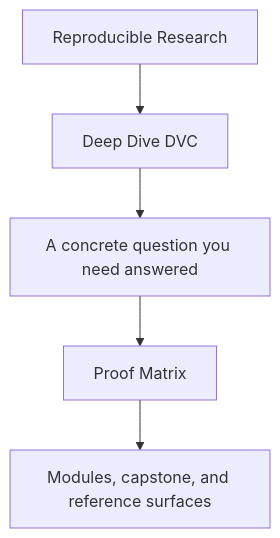
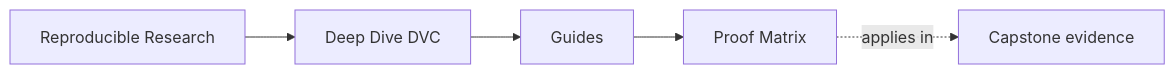
Before and after one commit to bijux/bijux-masterclass: the first of 2 diagrams in programs/reproducible-research/deep-dive-dvc/course-book/guides/proof-matrix.md, drawn with Mermaid. The commit also changed other lines of this file and 55 other files, not shown here.

Commit message:
docs(deep-dive-dvc): map reproducibility and pipeline foundations

````diff
--- a/programs/reproducible-research/deep-dive-dvc/course-book/guides/proof-matrix.md
+++ b/programs/reproducible-research/deep-dive-dvc/course-book/guides/proof-matrix.md
@@ -7,7 +7,11 @@
 ```mermaid
-flowchart TD
-  family["Reproducible Research"] --> program["Deep Dive DVC"]
-  program --> pressure["A concrete question you need answered"]
-  pressure --> guide["Proof Matrix"]
-  guide --> next["Modules, capstone, and reference surfaces"]
+graph LR
+  family["Reproducible Research"]
+  program["Deep Dive DVC"]
+  section["Guides"]
+  page["Proof Matrix"]
+  capstone["Capstone evidence"]
+
+  family --> program --> section --> page
+  page -.applies in.-> capstone
 ```
````
